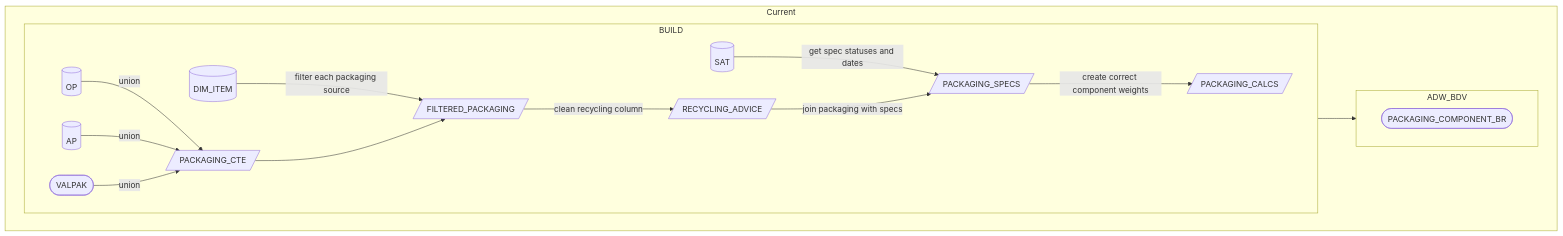
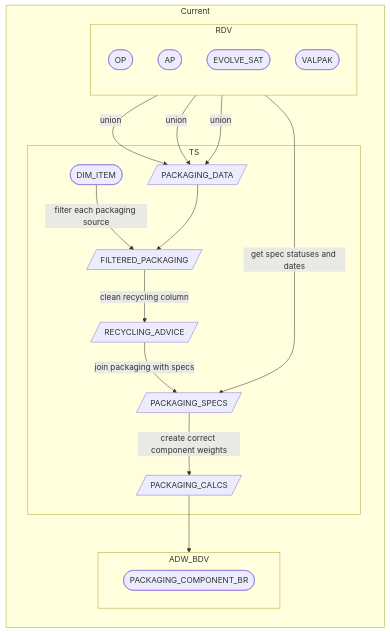
One commit to matt-wilkinson-js/test changed the diagram in docs/adw_bdv/bdv_example.md. Above: the diagram before and after it, drawn with Mermaid. The commit also changed other lines of this file and 15 other files, not shown here.

````diff
--- a/docs/adw_bdv/bdv_example.md
+++ b/docs/adw_bdv/bdv_example.md
@@ -218,25 +227,28 @@
-```mermaid
-graph LR
-    subgraph Current
-    direction LR
-        subgraph BUILD
-        direction LR
-        A[OP] 
-        B[AP]
-        C[(SAT)]
-        A[(OP)]-->|union| D[/PACKAGING_CTE/]
-        B[(AP)]-->|union| D
-        I[(DIM_ITEM)]-->|filter each packaging source|J[/FILTERED_PACKAGING/]
-        J-->|clean recycling column|K[/RECYCLING_ADVICE/]
-        C-->|get spec statuses and dates|F[/PACKAGING_SPECS/]
-        F-->|create correct component weights|H[/PACKAGING_CALCS/]
-        E([VALPAK])-->|union|D
-        K-->|join packaging with specs|F
-        D-->J
-        end
-        subgraph ADW_BDV
-        direction LR
-        H-->G([PACKAGING_COMPONENT_BR])
-        end
-    end
-```
+      ```mermaid
+         graph TB
+         subgraph Current
+         direction TB
+         subgraph RDV
+         direction TB
+         A[OP] 
+         B[AP]
+         C([EVOLVE_SAT])
+         E([VALPAK])
+         end
+         subgraph TS
+         A([OP])-->|union| D[/PACKAGING_DATA/]
+         B([AP])-->|union| D
+         I([DIM_ITEM])-->|filter each packaging source|J[/FILTERED_PACKAGING/]
+         J-->|clean recycling column|K[/RECYCLING_ADVICE/]
+         C-->|get spec statuses and dates|F[/PACKAGING_SPECS/]
+         F-->|create correct component weights|H[/PACKAGING_CALCS/]
+         E-->|union|D
+         K-->|join packaging with specs|F
+         D-->J
+         end
+         subgraph ADW_BDV
+         direction LR
+         H-->G([PACKAGING_COMPONENT_BR])
+         end
+         end
+      ```
````
